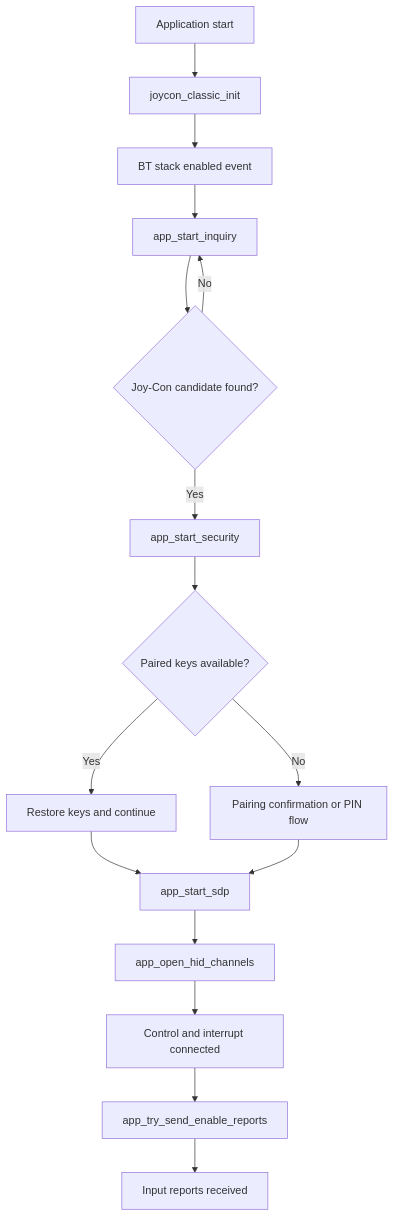
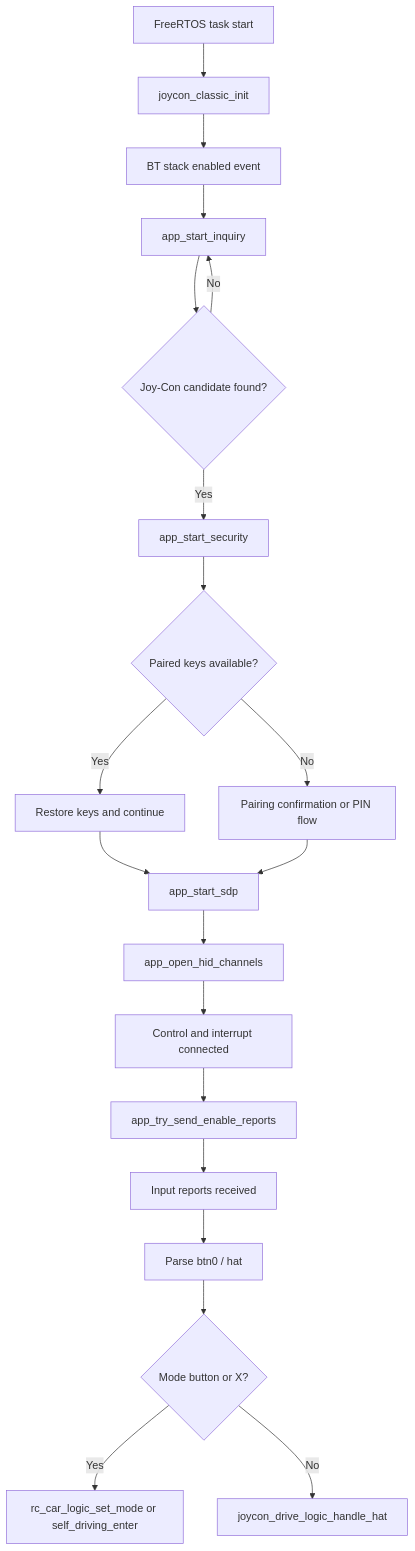
One commit to Anish-Pun/2EAI-PEN-2526-AGV changed the diagram in docs/en/Bluetooth_explained_en.md. Above: the diagram before and after it, drawn with Mermaid. The commit also changed other lines of this file and 4 other files, not shown here.

````diff
--- a/docs/en/Bluetooth_explained_en.md
+++ b/docs/en/Bluetooth_explained_en.md
@@ -37,18 +56,22 @@
 ```mermaid
 flowchart TD
-    A[Application start] --> B[joycon_classic_init]
+    A[FreeRTOS task start] --> B[joycon_classic_init]
     B --> C[BT stack enabled event]
     C --> D[app_start_inquiry]
     D --> E{Joy-Con candidate found?}
     E -- No --> D
     E -- Yes --> F[app_start_security]
     F --> G{Paired keys available?}
     G -- Yes --> H[Restore keys and continue]
     G -- No --> I[Pairing confirmation or PIN flow]
     H --> J[app_start_sdp]
-    I --> J[app_start_sdp]
+    I --> J
     J --> K[app_open_hid_channels]
     K --> L[Control and interrupt connected]
     L --> M[app_try_send_enable_reports]
     M --> N[Input reports received]
+    N --> O[Parse btn0 / hat]
+    O --> P{Mode button or X?}
+    P -- Yes --> Q[rc_car_logic_set_mode or self_driving_enter]
+    P -- No --> R[joycon_drive_logic_handle_hat]
 ```
````
